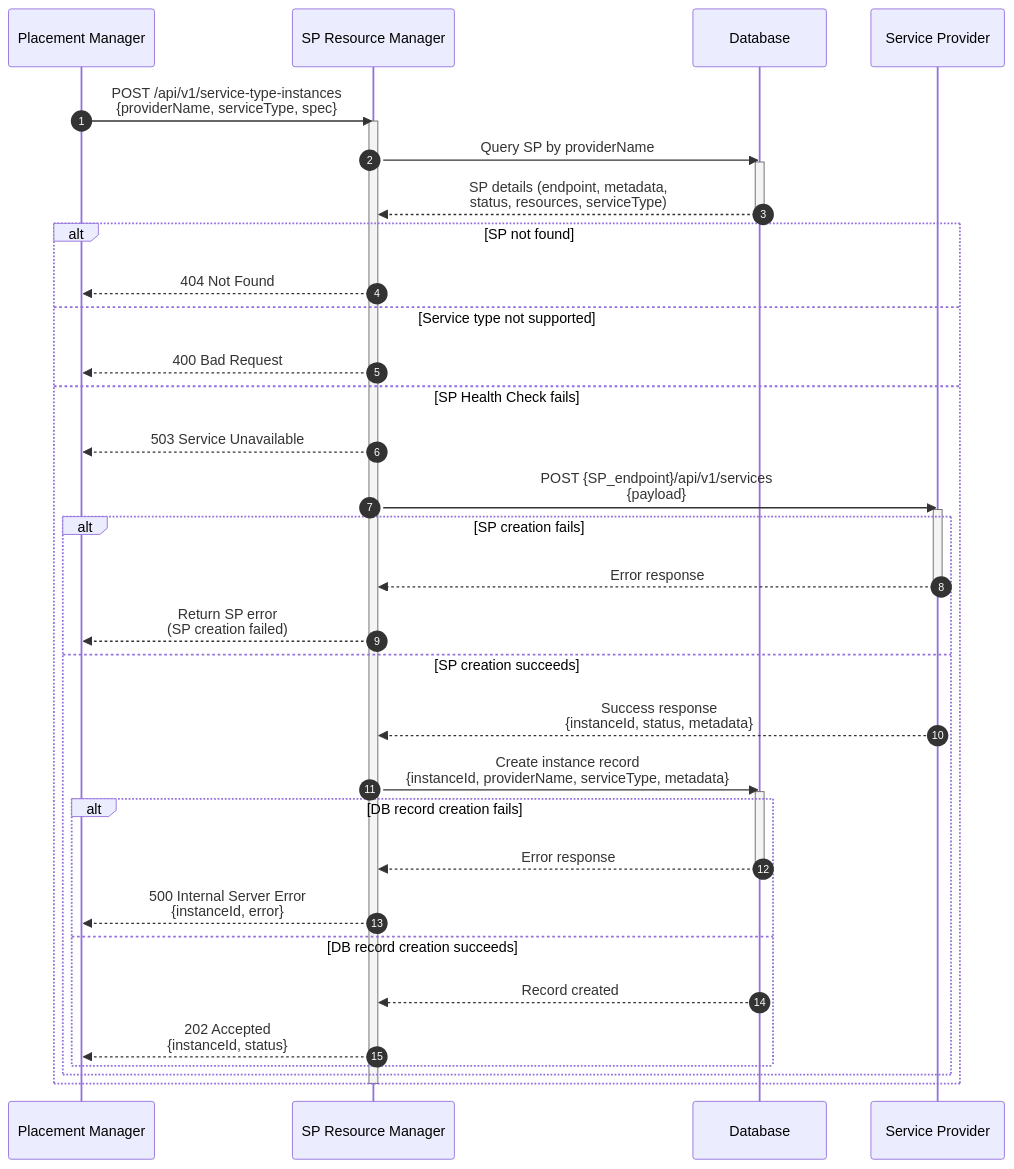
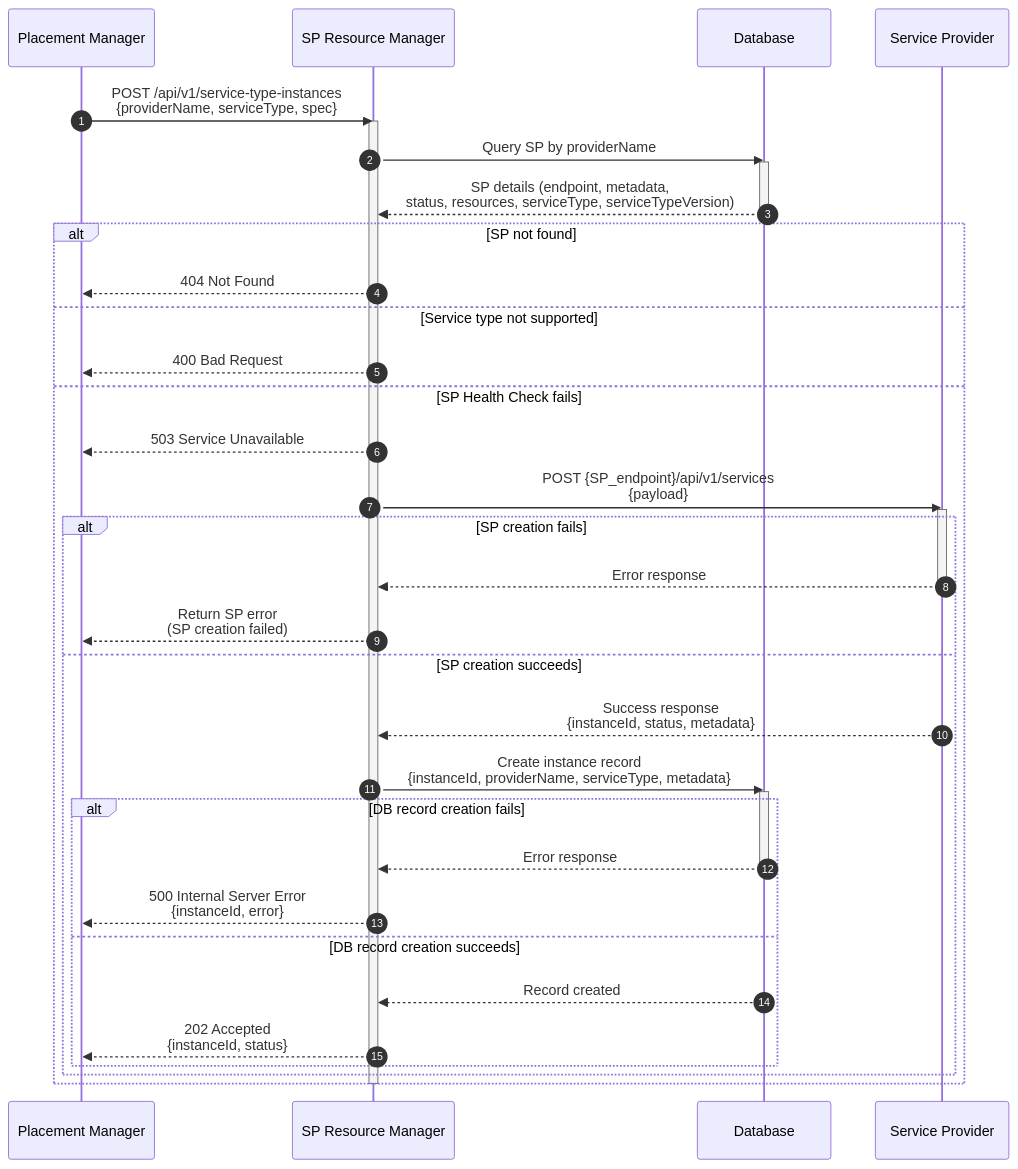
One commit to dcm-project/enhancements changed the diagram in enhancements/sp-resource-manager/sp-resource-manager.md. Above: the diagram before and after it, drawn with Mermaid. The commit also changed other lines of this file and 6 other files, not shown here.

First line of the commit message:
Add ServiceTypeVersion for SP registration

````diff
--- a/enhancements/sp-resource-manager/sp-resource-manager.md
+++ b/enhancements/sp-resource-manager/sp-resource-manager.md
@@ -203,49 +203,49 @@
 ```mermaid
 sequenceDiagram
     autonumber
     participant PS as Placement Manager
     participant SPRM as SP Resource Manager
     participant DB as Database
     participant SP as Service Provider
 
     PS->>SPRM: POST /api/v1/service-type-instances<br/>{providerName, serviceType, spec}
     activate SPRM
 
 
     SPRM->>DB: Query SP by providerName
     activate DB
-    DB-->>SPRM: SP details (endpoint, metadata,<br/>status, resources, serviceType)
+    DB-->>SPRM: SP details (endpoint, metadata,<br/>status, resources, serviceType, serviceTypeVersion)
     deactivate DB
 
     alt SP not found
         SPRM-->>PS: 404 Not Found
     else Service type not supported
         SPRM-->>PS: 400 Bad Request
     else SP Health Check fails
         SPRM-->>PS: 503 Service Unavailable       
 
         SPRM->>SP: POST {SP_endpoint}/api/v1/services<br/>{payload}
         activate SP
 
         alt SP creation fails
             SP-->>SPRM: Error response
             deactivate SP
             SPRM-->>PS: Return SP error<br/>(SP creation failed)
         else SP creation succeeds
             SP-->>SPRM: Success response<br/>{instanceId, status, metadata}
             SPRM->>DB: Create instance record<br/>{instanceId, providerName, serviceType, metadata}
             activate DB
             
             alt DB record creation fails
                 DB-->>SPRM: Error response
                 deactivate DB
                 SPRM-->>PS: 500 Internal Server Error<br/>{instanceId, error}
             
             else DB record creation succeeds
                 DB-->>SPRM: Record created
                 SPRM-->>PS: 202 Accepted<br/>{instanceId, status}
             end
         end
     end
     deactivate SPRM
 ```
````
